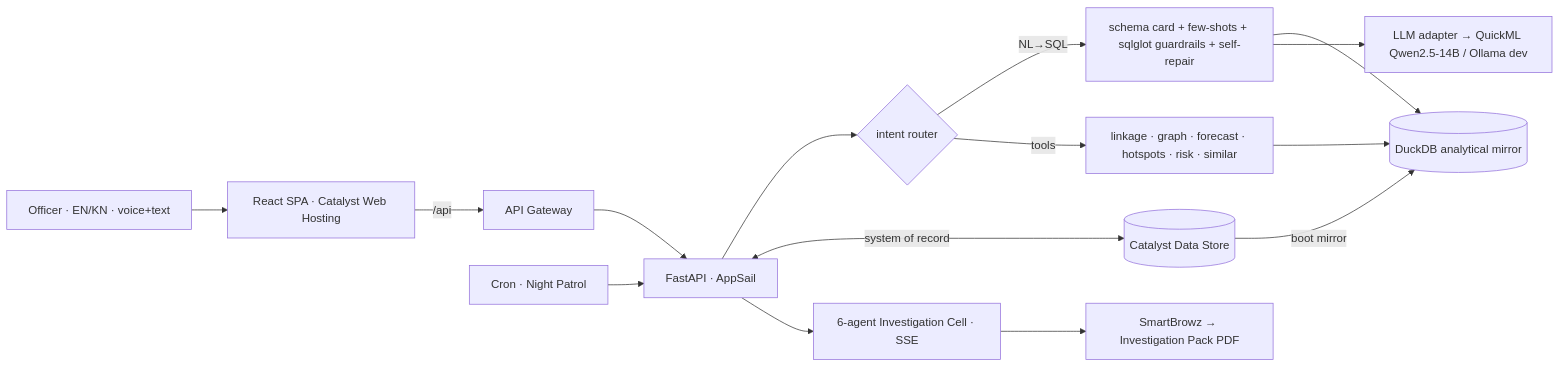
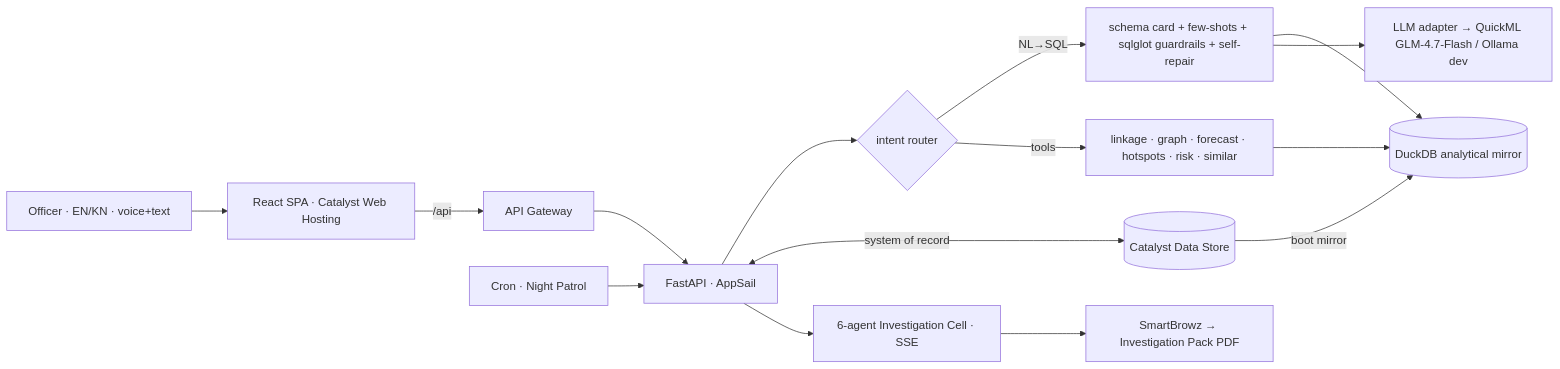
Before and after one commit to arungeekay/anveshak: the diagram in README.md, drawn with Mermaid. The commit also changed other lines of this file and 4 other files, not shown here.

Commit message:
llm: migrate QuickML target Qwen2.5-14B (deprecated) -> GLM-4.7-Flash (platform's recommended replacement); configurable QUICKML_MODEL/ORG; README+env+app-config updated

````diff
--- a/README.md
+++ b/README.md
@@ -18,16 +18,16 @@
 ```mermaid
 flowchart LR
   U[Officer · EN/KN · voice+text] --> FE[React SPA · Catalyst Web Hosting]
   FE -->|/api| GW[API Gateway] --> BE[FastAPI · AppSail]
   BE --> RT{intent router}
   RT -->|NL→SQL| NL[schema card + few-shots + sqlglot guardrails + self-repair]
   RT -->|tools| TOOLS[linkage · graph · forecast · hotspots · risk · similar]
   NL --> DUCK[(DuckDB analytical mirror)]
   TOOLS --> DUCK
   BE <-->|system of record| DS[(Catalyst Data Store)]
   DS -->|boot mirror| DUCK
-  NL --> LLM[LLM adapter → QuickML Qwen2.5-14B / Ollama dev]
+  NL --> LLM[LLM adapter → QuickML GLM-4.7-Flash / Ollama dev]
   BE --> AG[6-agent Investigation Cell · SSE]
   AG --> PDF[SmartBrowz → Investigation Pack PDF]
   CRON[Cron · Night Patrol] --> BE
 ```
````
